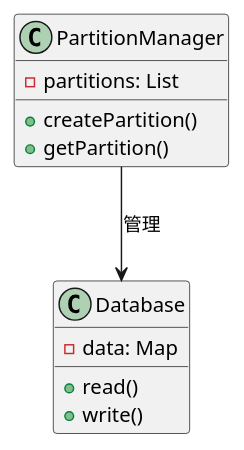
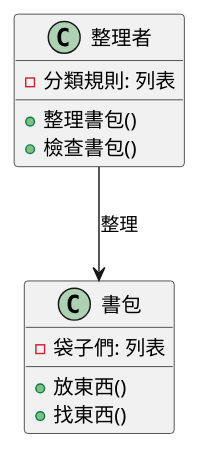
One commit to fine5351/info-sync changed the first of 3 diagrams in doc/learning/architecture/database_partition_tutorial.md. Above: the diagram before and after it, drawn with PlantUML. The commit also changed other lines of this file and 35 other files, not shown here.

````diff
--- a/doc/learning/architecture/database_partition_tutorial.md
+++ b/doc/learning/architecture/database_partition_tutorial.md
@@ -85,17 +85,17 @@
 ```plantuml
 @startuml
-class Database {
-    - data: Map
-    + read()
-    + write()
+class 書包 {
+    - 袋子們: 列表
+    + 放東西()
+    + 找東西()
 }
 
-class PartitionManager {
-    - partitions: List
-    + createPartition()
-    + getPartition()
+class 整理者 {
+    - 分類規則: 列表
+    + 整理書包()
+    + 檢查書包()
 }
 
-PartitionManager --> Database : 管理
+整理者 --> 書包 : 整理
 @enduml
 ```
````
